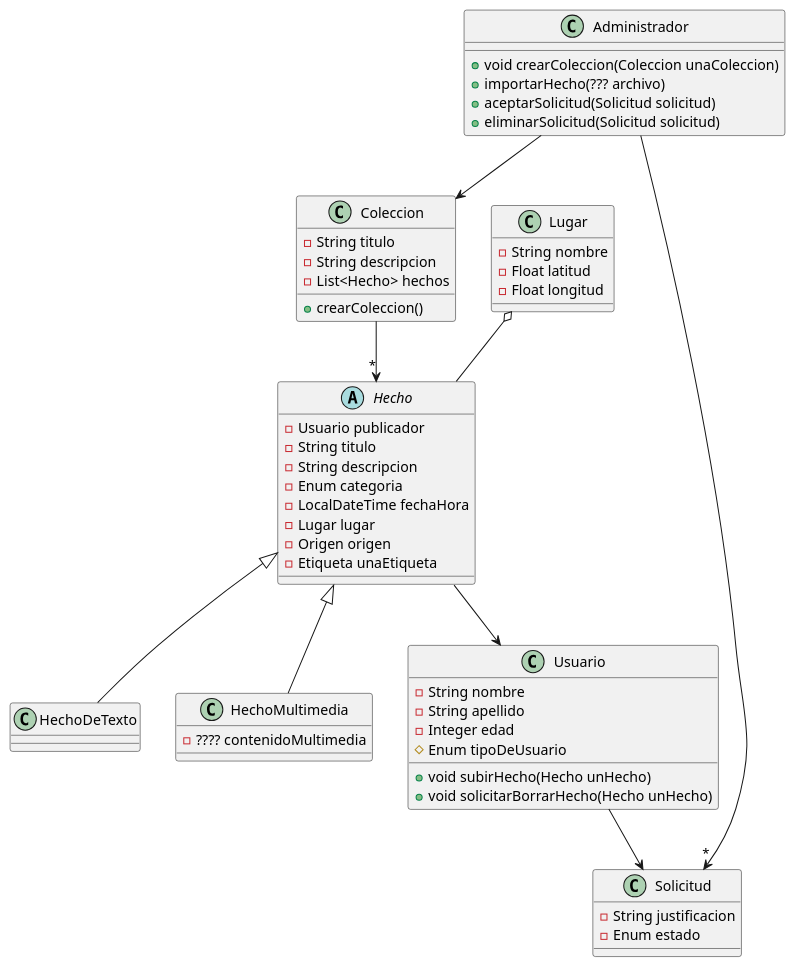
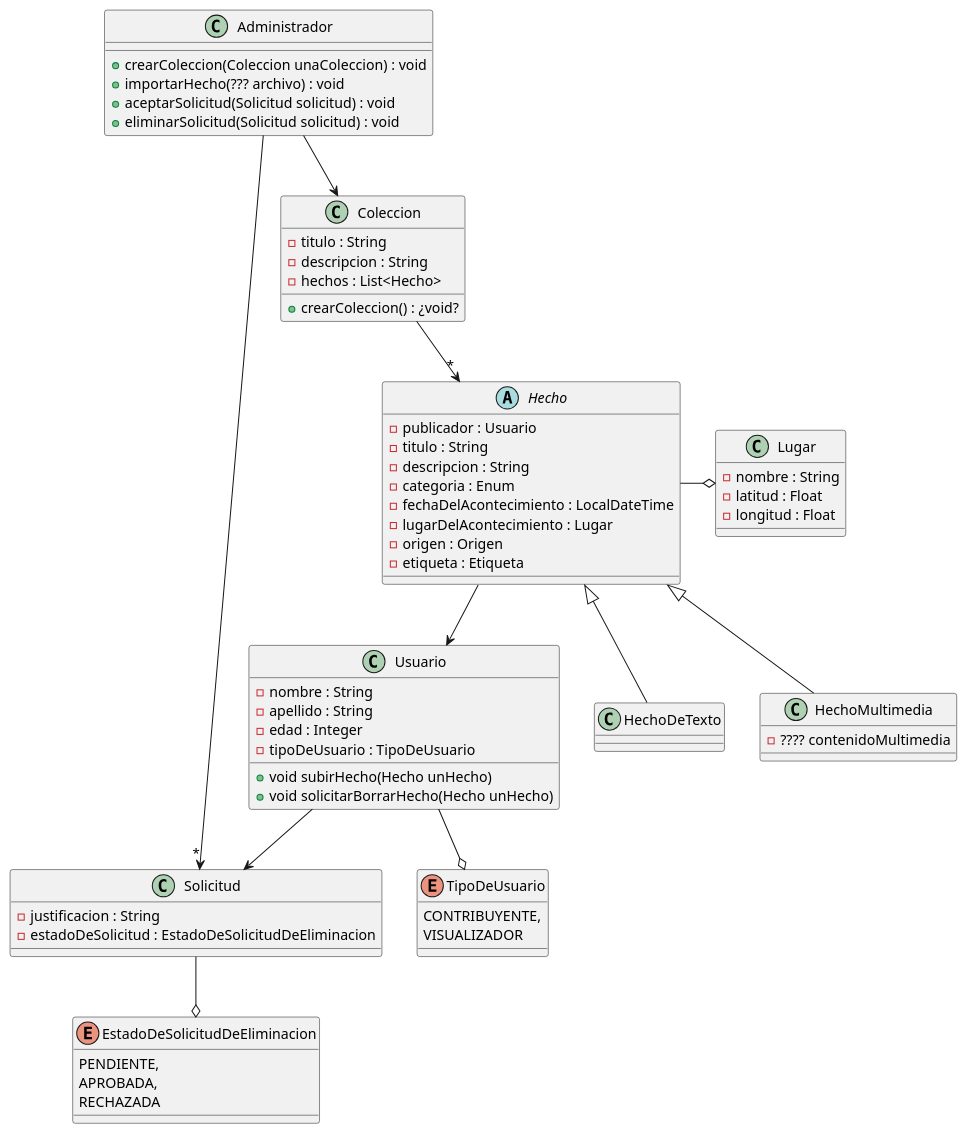
One commit to vclevy/MetaMapa changed the diagram in src/main/DC1raEntrega.puml. Above: the diagram before and after it, drawn with PlantUML.

Commit message:
Actualizando el Diagrama de Clases

```diff
--- a/src/main/DC1raEntrega.puml
+++ b/src/main/DC1raEntrega.puml
@@ -1,64 +1,78 @@
 @startuml
 'https://plantuml.com/class-diagram
 'El titulo podria ser un posible enum
 
 class Coleccion{
-    - String titulo
-    - String descripcion
-    - List<Hecho> hechos
+    - titulo : String
+    - descripcion : String
+    - hechos : List<Hecho>
 
-    + crearColeccion()
+    + crearColeccion() : ¿void?
 }
 
 abstract class Hecho{
-  - Usuario publicador
-  - String titulo
-  - String descripcion
-  - Enum categoria
-  - LocalDateTime fechaHora
-  - Lugar lugar
-  - Origen origen
-  - Etiqueta unaEtiqueta
+  - publicador : Usuario
+  - titulo : String
+  - descripcion : String
+  - categoria : Enum
+  - fechaDelAcontecimiento : LocalDateTime
+  - lugarDelAcontecimiento : Lugar
+  - origen : Origen
+  - etiqueta : Etiqueta
 }
 
-class HechoDeTexto extends Hecho{}
+class HechoDeTexto extends Hecho{
+}
 
 class HechoMultimedia extends Hecho{
  - ???? contenidoMultimedia
 }
 
 
 class Usuario{
-    - String nombre
-    - String apellido
-    - Integer edad
-    # Enum tipoDeUsuario
+    - nombre : String
+    - apellido : String
+    - edad : Integer
+    - tipoDeUsuario : TipoDeUsuario
     + void subirHecho(Hecho unHecho)
     + void solicitarBorrarHecho(Hecho unHecho)
 }
 
+enum TipoDeUsuario {
+    CONTRIBUYENTE,
+    VISUALIZADOR
+}
+
 class Lugar{
-    - String nombre
-    - Float latitud
-    - Float longitud
-    }
+    - nombre : String
+    - latitud : Float
+    - longitud : Float
+}
 
 class Solicitud{
-    - String justificacion
-    - Enum estado
+    - justificacion : String
+    - estadoDeSolicitud : EstadoDeSolicitudDeEliminacion
+}
+
+enum EstadoDeSolicitudDeEliminacion {
+    PENDIENTE,
+    APROBADA,
+    RECHAZADA
 }
 
 class Administrador{
-   + void crearColeccion(Coleccion unaColeccion)
-   + importarHecho(??? archivo)
-   + aceptarSolicitud(Solicitud solicitud)
-   + eliminarSolicitud(Solicitud solicitud)
+   + crearColeccion(Coleccion unaColeccion) : void
+   + importarHecho(??? archivo) : void
+   + aceptarSolicitud(Solicitud solicitud) : void
+   + eliminarSolicitud(Solicitud solicitud) : void
 }
 
 Hecho --> Usuario
-Lugar o-- Hecho
+Lugar o-l- Hecho
 Coleccion -->"*" Hecho
 Administrador -->"*" Solicitud
 Administrador --> Coleccion
 Usuario --> Solicitud
+EstadoDeSolicitudDeEliminacion o-u- Solicitud
+TipoDeUsuario o-u- Usuario
 @enduml
```
